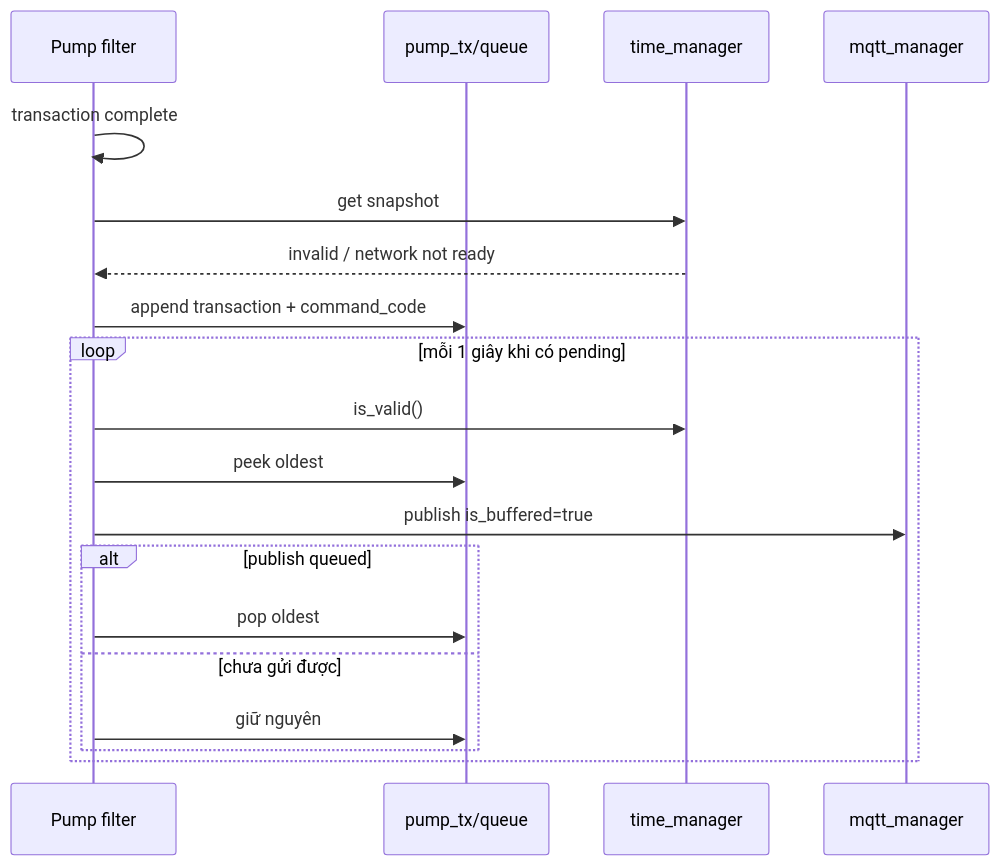
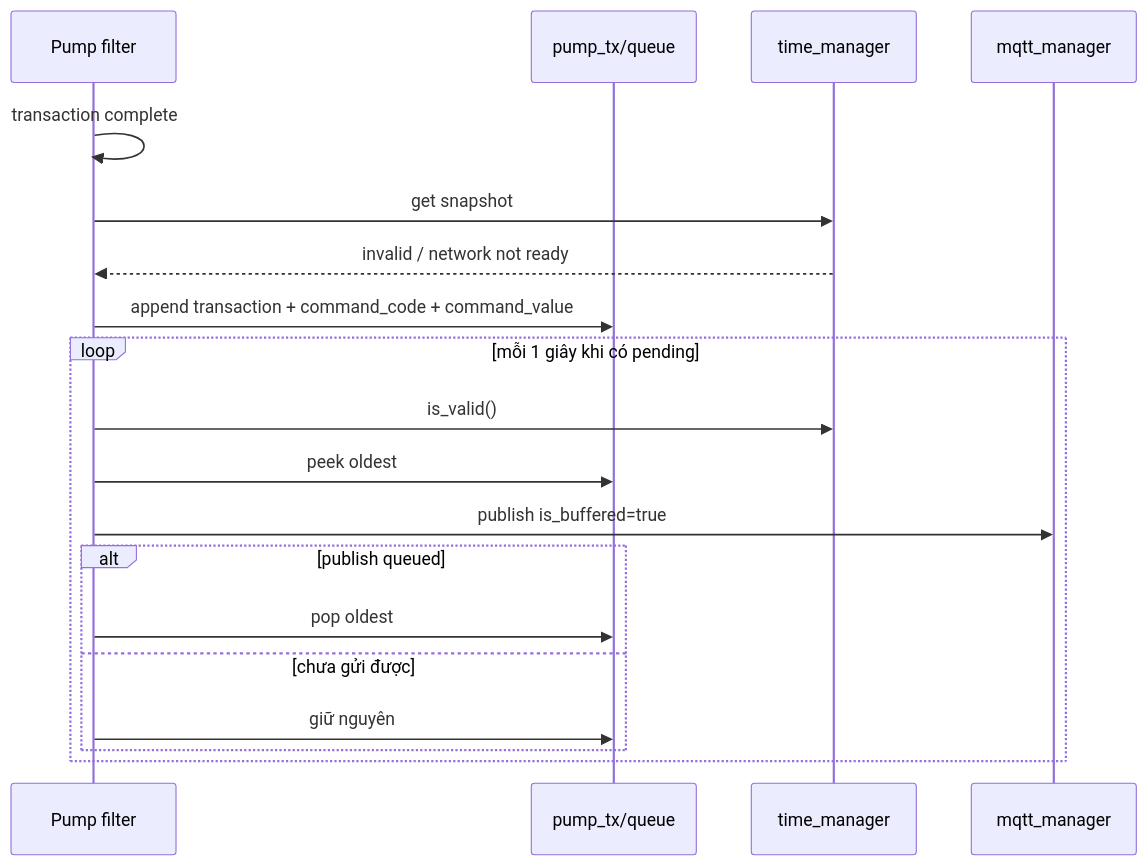
Before and after one commit to kenhkythuat/keyboard_phuongnam: the fourth of 16 diagrams in docs/iot/firmware/flow.md, drawn with Mermaid. The commit also changed other lines of this file and 8 other files, not shown here.

Commit message:
v1.6.0 add command value to telemetry transaction

````diff
--- a/docs/iot/firmware/flow.md
+++ b/docs/iot/firmware/flow.md
@@ -98,22 +98,22 @@
 ```mermaid
 sequenceDiagram
     participant Filter as Pump filter
     participant NVS as pump_tx/queue
     participant Time as time_manager
     participant MQTT as mqtt_manager
 
     Filter->>Filter: transaction complete
     Filter->>Time: get snapshot
     Time-->>Filter: invalid / network not ready
-    Filter->>NVS: append transaction + command_code
+    Filter->>NVS: append transaction + command_code + command_value
     loop mỗi 1 giây khi có pending
         Filter->>Time: is_valid()
         Filter->>NVS: peek oldest
         Filter->>MQTT: publish is_buffered=true
         alt publish queued
             Filter->>NVS: pop oldest
         else chưa gửi được
             Filter->>NVS: giữ nguyên
         end
     end
 ```
````
